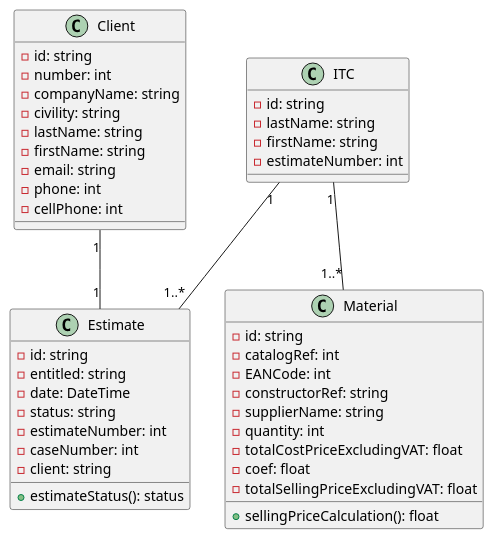
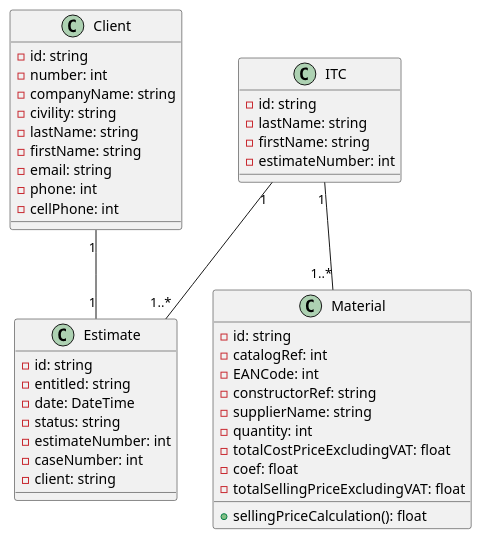
Before and after one commit to F067/New-Isco: the diagram in umlDiagrammAurelie.puml, drawn with PlantUML. The commit also changed 1 other file, not shown here.

Commit message:
diagramm commun

```diff
--- a/umlDiagrammAurelie.puml
+++ b/umlDiagrammAurelie.puml
@@ -1,50 +1,49 @@
 @startuml
 
 class Client {
     -id: string
     -number: int
     -companyName: string
     -civility: string
     -lastName: string
     -firstName: string
     -email: string
     -phone: int
     -cellPhone: int
 }
 
 class Estimate {
     -id: string
     -entitled: string
     -date: DateTime
     -status: string
     -estimateNumber: int
     -caseNumber: int
     -client: string
-    +estimateStatus(): status
 }
 
 class ITC {
     -id: string
     -lastName: string
     -firstName: string
     -estimateNumber: int
 }
 
 class Material {
     -id: string
     -catalogRef: int
     -EANCode: int
     -constructorRef: string
     -supplierName: string
     -quantity: int
     -totalCostPriceExcludingVAT: float
     -coef: float 
     -totalSellingPriceExcludingVAT: float
     +sellingPriceCalculation(): float
 }
 
 Client "1" -- "1" Estimate
 ITC "1" -- "1..*" Estimate 
 ITC "1" -- "1..*" Material 
 
 @enduml
```
